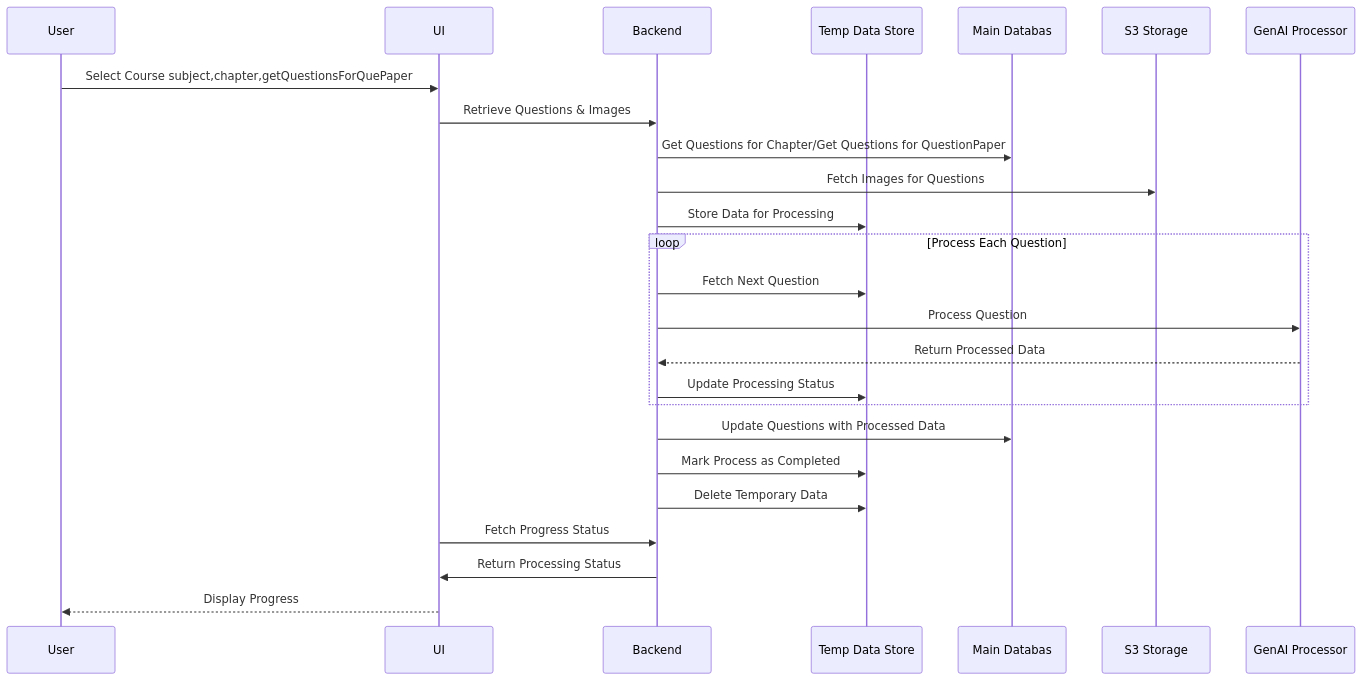
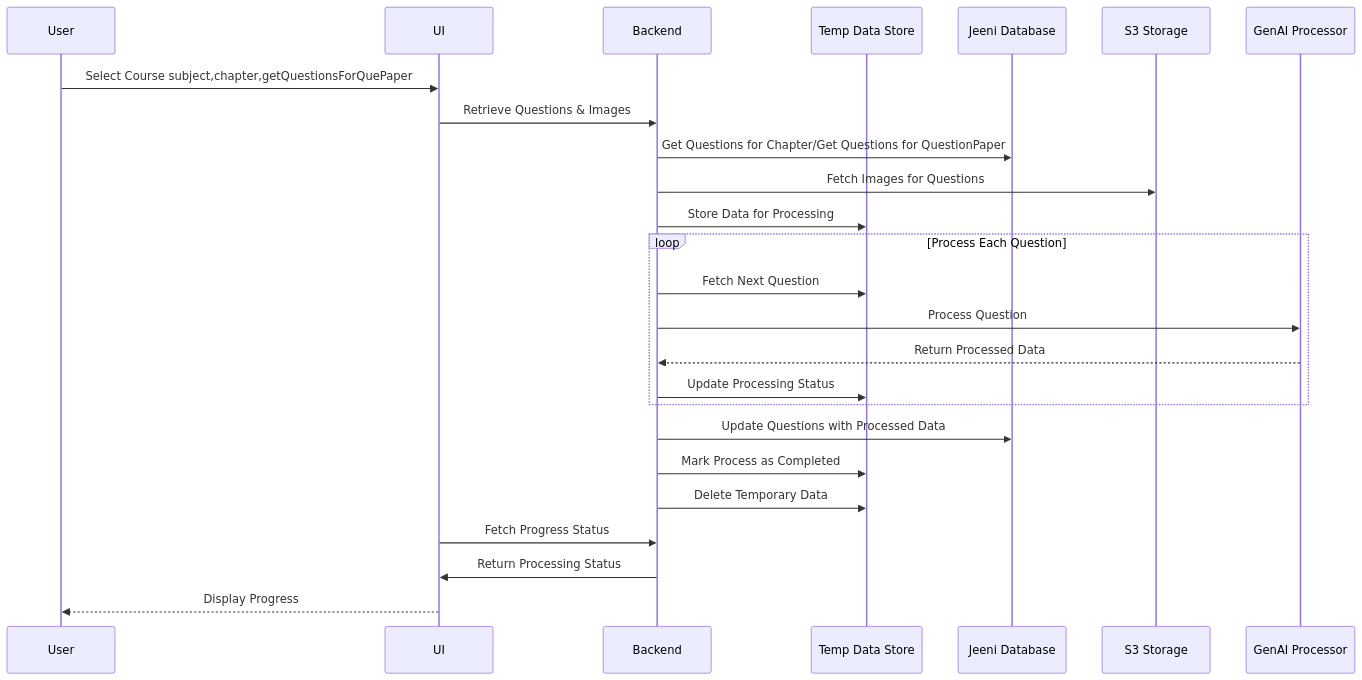
One commit to MayuriSutar12/Documentation changed the diagram in docs/sequence_digram.md. Above: the diagram before and after it, drawn with Mermaid.

````diff
--- a/docs/sequence_digram.md
+++ b/docs/sequence_digram.md
@@ -2,33 +2,33 @@
 ```mermaid
 sequenceDiagram
     participant User as User
     participant UI as UI
     participant Backend as Backend
     participant TempDB as Temp Data Store
-    participant JeeniDB as Main Databas
+    participant JeeniDB as Jeeni Database
     participant S3 as S3 Storage
     participant GenAI as GenAI Processor
 
     User ->> UI: Select Course subject,chapter,getQuestionsForQuePaper
     UI ->> Backend: Retrieve Questions & Images
     Backend ->> JeeniDB: Get Questions for Chapter/Get Questions for QuestionPaper
     Backend ->> S3: Fetch Images for Questions
     Backend ->> TempDB: Store Data for Processing
 
     loop Process Each Question
         Backend ->> TempDB: Fetch Next Question
         Backend ->> GenAI: Process Question
         GenAI -->> Backend: Return Processed Data
         Backend ->> TempDB: Update Processing Status
     end
 
     Backend ->> JeeniDB: Update Questions with Processed Data
     Backend ->> TempDB: Mark Process as Completed
     Backend ->> TempDB: Delete Temporary Data
 
     UI ->> Backend: Fetch Progress Status
     Backend ->> UI: Return Processing Status
     UI -->> User: Display Progress
 
 
 ```
````
